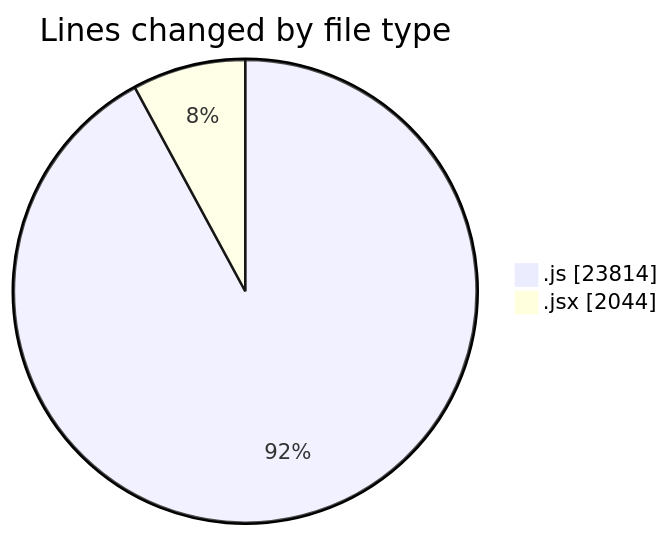
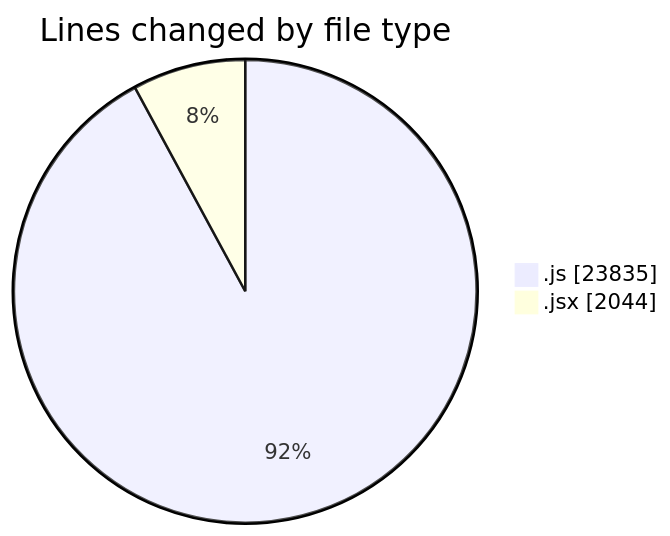
Before and after one commit to nxtqubesakshisongat/code-tracking: the first of 2 diagrams in 2025-10-01/nxtqube_webapp/README.md, drawn with Mermaid. The commit also changed other lines of this file and 1 other file, not shown here.

````diff
--- a/2025-10-01/nxtqube_webapp/README.md
+++ b/2025-10-01/nxtqube_webapp/README.md
@@ -23,6 +23,6 @@
 ```mermaid
 pie showData
 title Lines changed by file type
-".js" : 23814
+".js" : 23835
 ".jsx" : 2044
 ```
````
